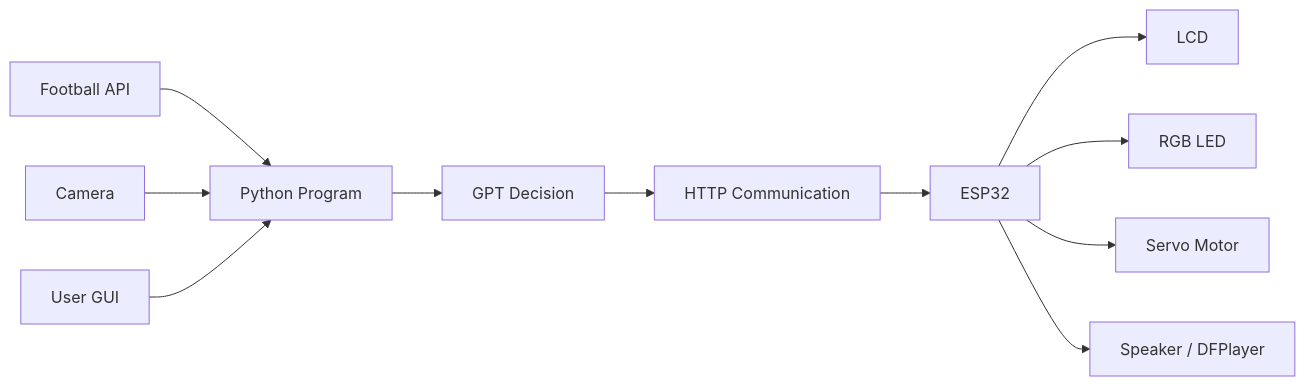
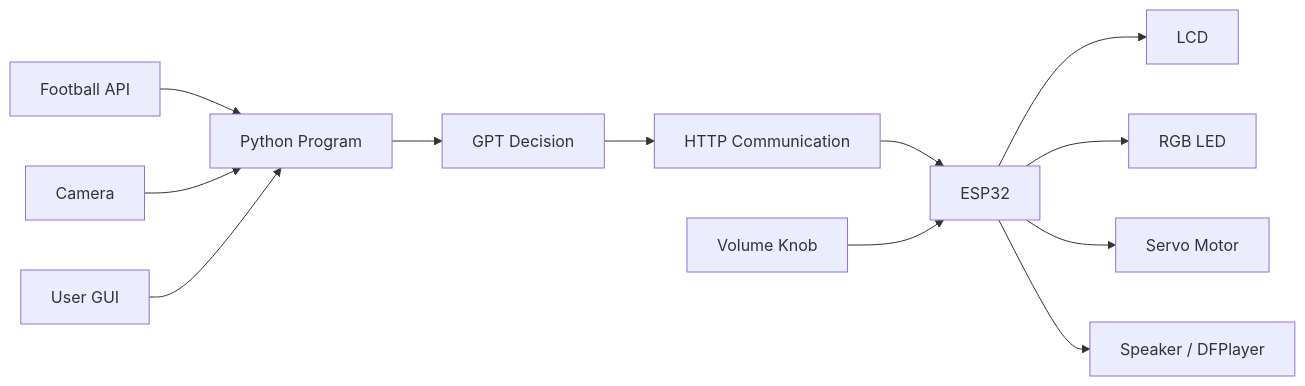
The diagram in README.md (roger-afk802/Football-Assistant-Device), drawn with Mermaid before and after one commit.

Commit message:
Update connections in system diagram

````diff
--- a/README.md
+++ b/README.md
@@ -23,21 +23,18 @@
 ```mermaid
 flowchart LR
 
 A[Football API] --> D[Python Program]
 B[Camera] --> D
 C[User GUI] --> D
 
 D --> E[GPT Decision]
-
 E --> F[HTTP Communication]
-
 F --> G[ESP32]
 
+M[Volume Knob] --> G
+
 G --> H[LCD]
-
 G --> I[RGB LED]
-
 G --> J[Servo Motor]
-
 G --> K[Speaker / DFPlayer]
 ```
````
